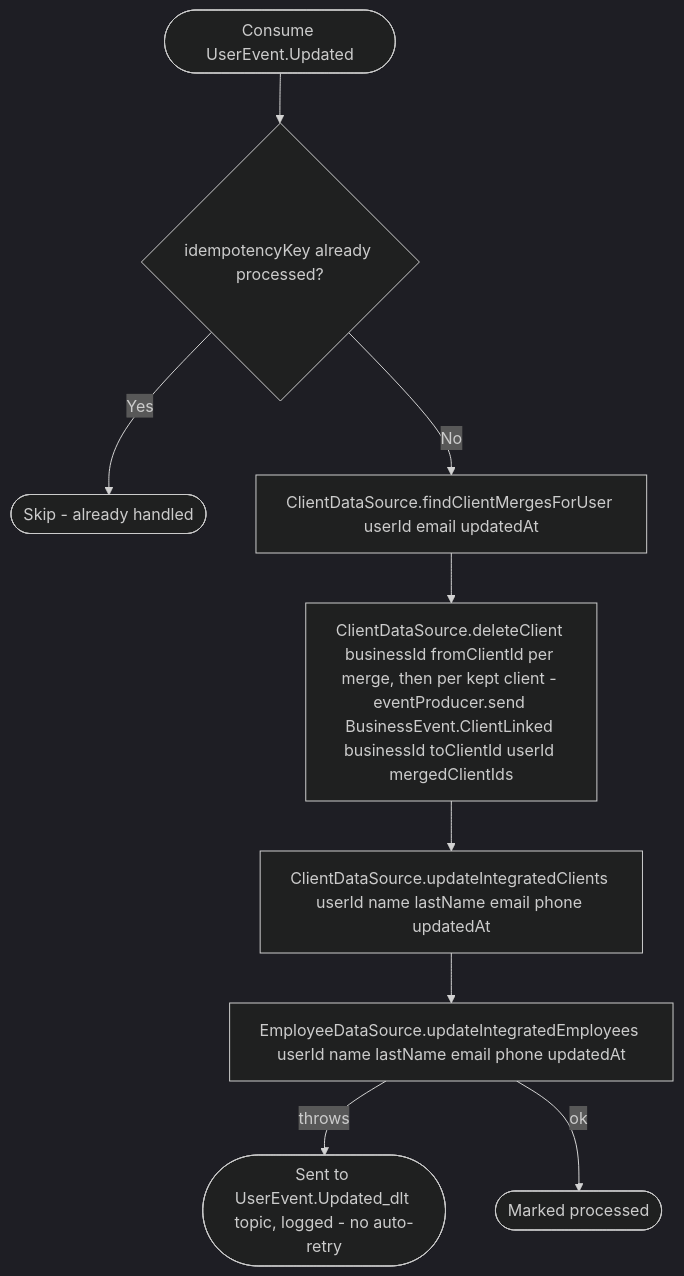
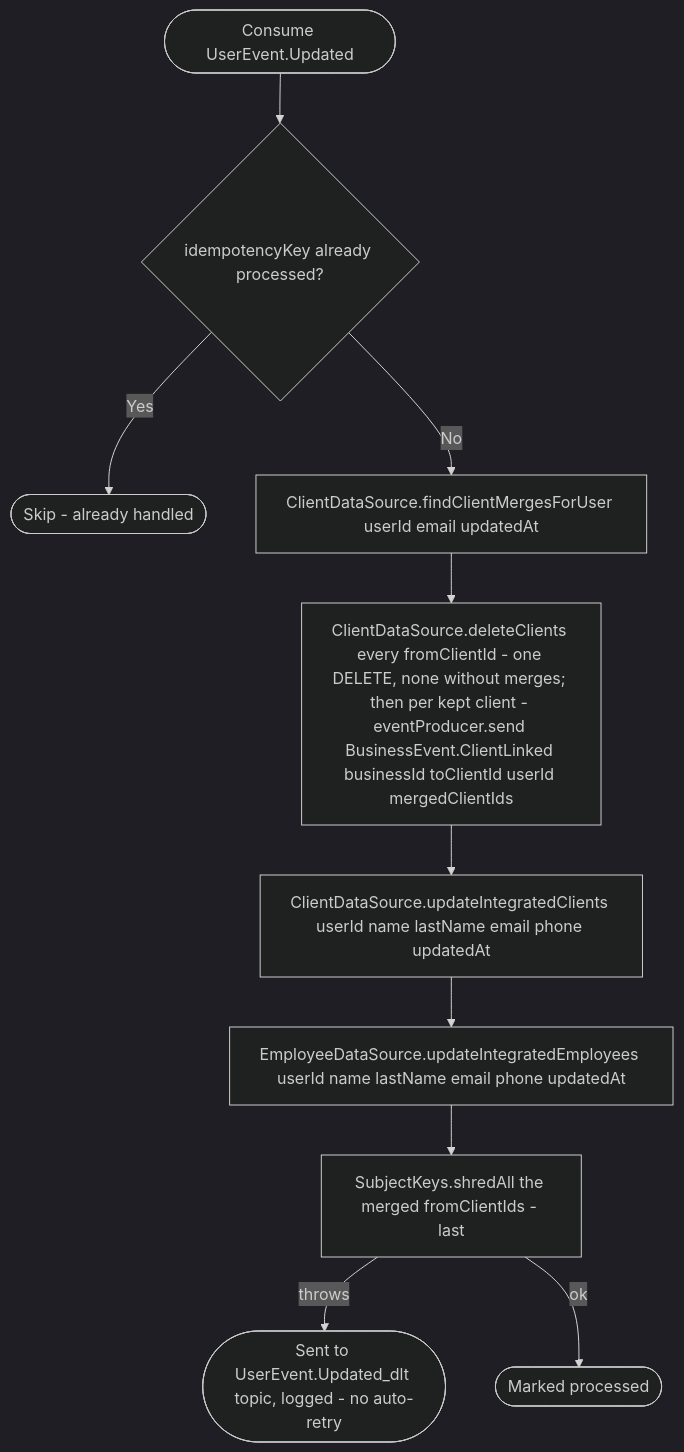
One commit to nocturneproperties/bookkme changed the diagram in docs/operations/business/on-user-updated.md. Above: the diagram before and after it, drawn with Mermaid (dark theme). The commit also changed 82 other files, not shown here.

Commit message:
[ISSUE-157] shred keys on entity removal

````diff
--- a/docs/operations/business/on-user-updated.md
+++ b/docs/operations/business/on-user-updated.md
@@ -31,11 +31,12 @@
 ```mermaid
 flowchart TD
     Start([Consume UserEvent.Updated]) --> Dedup{idempotencyKey already processed?}
     Dedup -- Yes --> Skip([Skip - already handled])
     Dedup -- No --> Find[ClientDataSource.findClientMergesForUser userId email updatedAt]
-    Find --> Merge["ClientDataSource.deleteClient businessId fromClientId per merge, then per kept client - eventProducer.send BusinessEvent.ClientLinked businessId toClientId userId mergedClientIds"]
+    Find --> Merge["ClientDataSource.deleteClients every fromClientId - one DELETE, none without merges; then per kept client - eventProducer.send BusinessEvent.ClientLinked businessId toClientId userId mergedClientIds"]
     Merge --> UpdClients[ClientDataSource.updateIntegratedClients userId name lastName email phone updatedAt]
     UpdClients --> UpdEmployees[EmployeeDataSource.updateIntegratedEmployees userId name lastName email phone updatedAt]
-    UpdEmployees -- throws --> Dlt([Sent to UserEvent.Updated_dlt topic, logged - no auto-retry])
-    UpdEmployees -- ok --> Ack([Marked processed])
+    UpdEmployees --> Shred["SubjectKeys.shredAll the merged fromClientIds - last"]
+    Shred -- throws --> Dlt([Sent to UserEvent.Updated_dlt topic, logged - no auto-retry])
+    Shred -- ok --> Ack([Marked processed])
 ```
````
